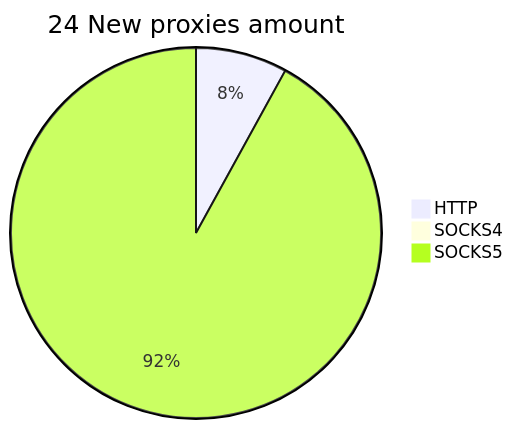
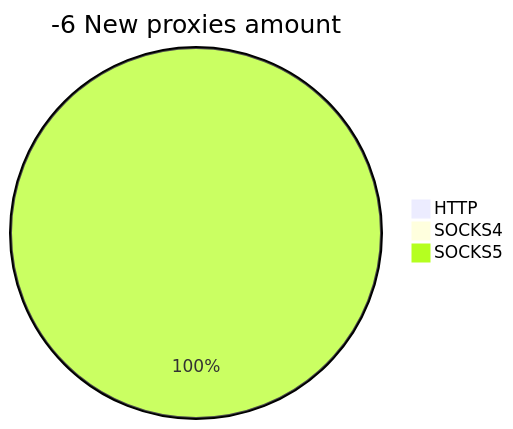
One commit to cutipu/proxylist changed the second of 2 diagrams in README.md. Above: the diagram before and after it, drawn with Mermaid. The commit also changed other lines of this file, not shown here.

````diff
--- a/README.md
+++ b/README.md
@@ -10,6 +10,6 @@
 ```mermaid
-pie title 24 New proxies amount
-    "HTTP" : 2
+pie title -6 New proxies amount
+    "HTTP" : 0
     "SOCKS4" : 0
-    "SOCKS5" : 23
+    "SOCKS5" : 1
 ```
````
